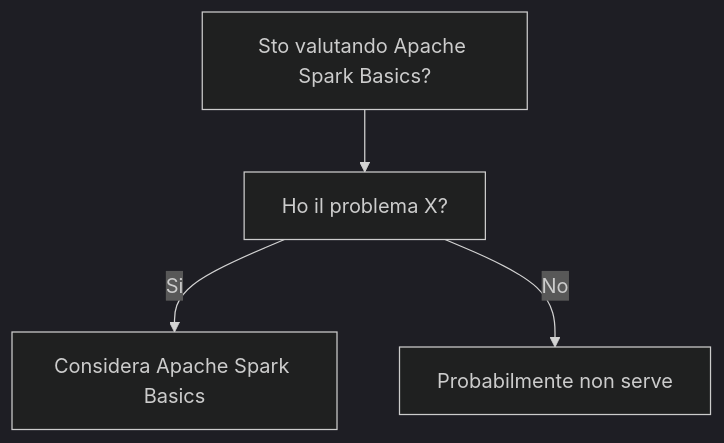
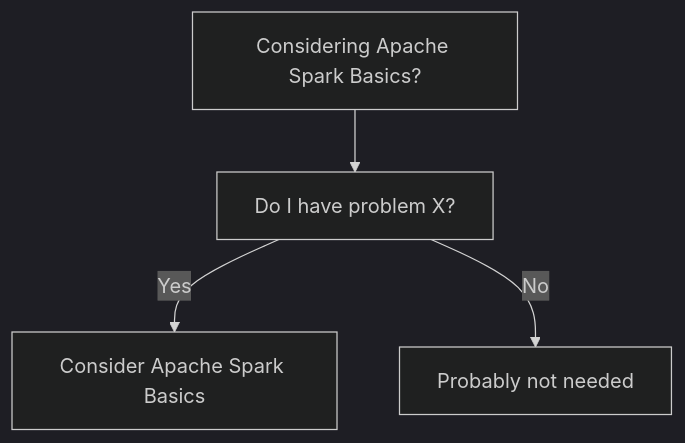
Before and after one commit to HxT9/Software-Dev-Wiki: the diagram in dev-wiki/24_Data_Engineering/Apache_Spark_Basics/When_To_Use.md, drawn with Mermaid (dark theme). The commit also changed other lines of this file and 3444 other files, not shown here.

````diff
--- a/dev-wiki/24_Data_Engineering/Apache_Spark_Basics/When_To_Use.md
+++ b/dev-wiki/24_Data_Engineering/Apache_Spark_Basics/When_To_Use.md
@@ -19,6 +19,6 @@
 ```mermaid
 flowchart TD
-  Q[Sto valutando Apache Spark Basics?] --> Q1[Ho il problema X?]
-  Q1 -->|Si| OK[Considera Apache Spark Basics]
-  Q1 -->|No| NO[Probabilmente non serve]
+  Q[Considering Apache Spark Basics?] --> Q1[Do I have problem X?]
+  Q1 -->|Yes| OK[Consider Apache Spark Basics]
+  Q1 -->|No| NO[Probably not needed]
 ```
````
